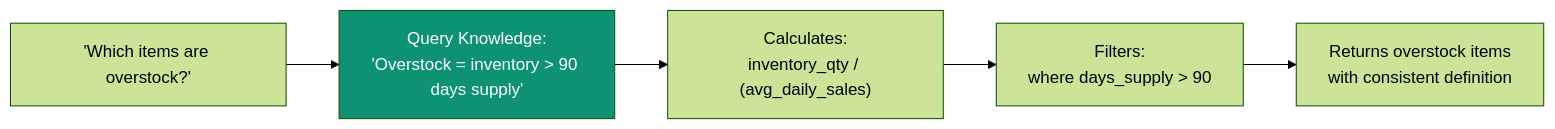
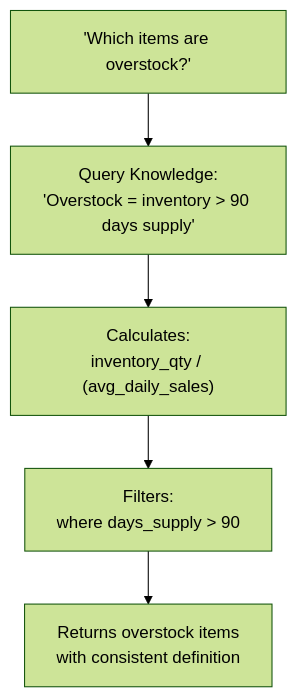
Before and after one commit to ashishsuperatom/tech-docs: the fourth of 6 diagrams in ip/tribal-knowledge.mdx, drawn with Mermaid (forest theme). The commit also changed other lines of this file and 37 other files, not shown here.

First line of the commit message:
Clean up docs: remove em-dashes, fix mermaid diagrams, remove emojis

````diff
--- a/ip/tribal-knowledge.mdx
+++ b/ip/tribal-knowledge.mdx
@@ -135,12 +131,11 @@
 ```mermaid
-flowchart LR
+flowchart TD
     Q["'Which items are overstock?'"] --> QUERY["Query Knowledge:<br>'Overstock = inventory > 90 days supply'"]
 
     QUERY --> CALC["Calculates:<br>inventory_qty / (avg_daily_sales)"]
 
     CALC --> FILTER["Filters:<br>where days_supply > 90"]
 
     FILTER --> RESULT["Returns overstock items<br>with consistent definition"]
 
-    style QUERY fill:#0D9373,color:#fff
 ```
````
